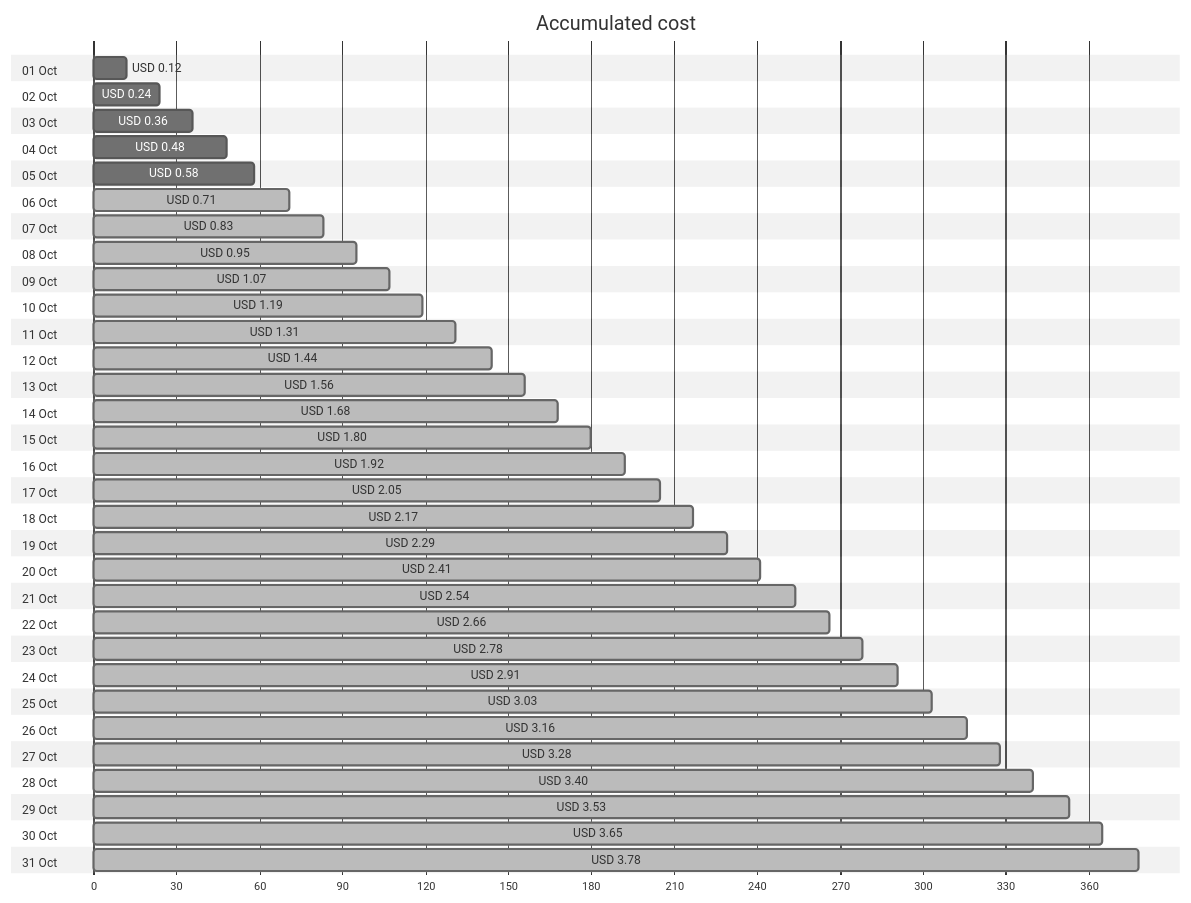
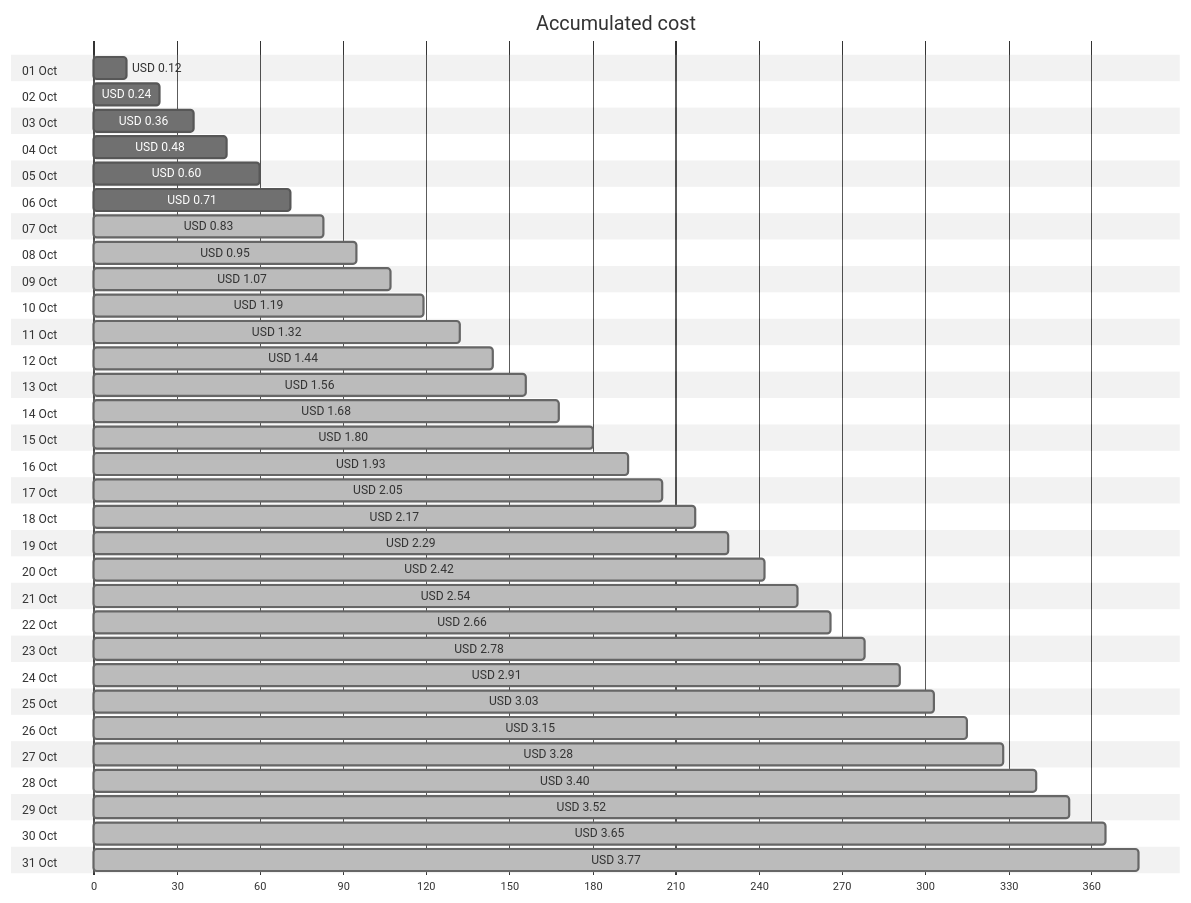
The first of 4 diagrams in cost-reports/personal-network/vpn-server-public-ip.md (jpfulton/azure-personal-reports), drawn with Mermaid (neutral theme) before and after one commit. The commit also changed other lines of this file and 8 other files, not shown here.

````diff
--- a/cost-reports/personal-network/vpn-server-public-ip.md
+++ b/cost-reports/personal-network/vpn-server-public-ip.md
@@ -20,68 +20,68 @@
 ```mermaid
 gantt
    title Accumulated cost
    dateFormat  X
    axisFormat %s
    section 01 Oct
    USD 0.12 :0, 12
    section 02 Oct
    USD 0.24 :0, 24
    section 03 Oct
    USD 0.36 :0, 36
    section 04 Oct
    USD 0.48 :0, 48
    section 05 Oct
-   USD 0.58 :0, 58
+   USD 0.60 :0, 60
    section 06 Oct
-   USD 0.71 : done, 0, 71
+   USD 0.71 :0, 71
    section 07 Oct
    USD 0.83 : done, 0, 83
    section 08 Oct
    USD 0.95 : done, 0, 95
    section 09 Oct
    USD 1.07 : done, 0, 107
    section 10 Oct
    USD 1.19 : done, 0, 119
    section 11 Oct
-   USD 1.31 : done, 0, 131
+   USD 1.32 : done, 0, 132
    section 12 Oct
    USD 1.44 : done, 0, 144
    section 13 Oct
    USD 1.56 : done, 0, 156
    section 14 Oct
    USD 1.68 : done, 0, 168
    section 15 Oct
    USD 1.80 : done, 0, 180
    section 16 Oct
-   USD 1.92 : done, 0, 192
+   USD 1.93 : done, 0, 193
    section 17 Oct
    USD 2.05 : done, 0, 205
    section 18 Oct
    USD 2.17 : done, 0, 217
    section 19 Oct
    USD 2.29 : done, 0, 229
    section 20 Oct
-   USD 2.41 : done, 0, 241
+   USD 2.42 : done, 0, 242
    section 21 Oct
    USD 2.54 : done, 0, 254
    section 22 Oct
    USD 2.66 : done, 0, 266
    section 23 Oct
    USD 2.78 : done, 0, 278
    section 24 Oct
    USD 2.91 : done, 0, 291
    section 25 Oct
    USD 3.03 : done, 0, 303
    section 26 Oct
-   USD 3.16 : done, 0, 316
+   USD 3.15 : done, 0, 315
    section 27 Oct
    USD 3.28 : done, 0, 328
    section 28 Oct
    USD 3.40 : done, 0, 340
    section 29 Oct
-   USD 3.53 : done, 0, 353
+   USD 3.52 : done, 0, 352
    section 30 Oct
    USD 3.65 : done, 0, 365
    section 31 Oct
-   USD 3.78 : done, 0, 378
+   USD 3.77 : done, 0, 377
 ```
````
